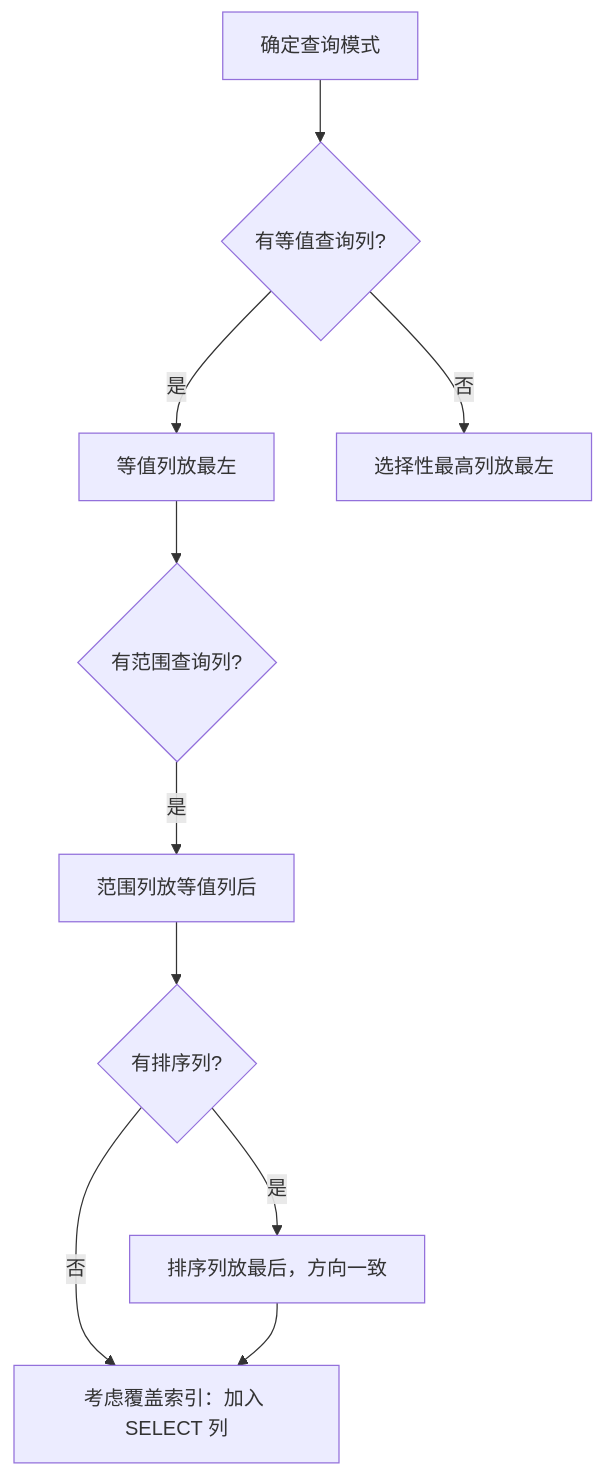
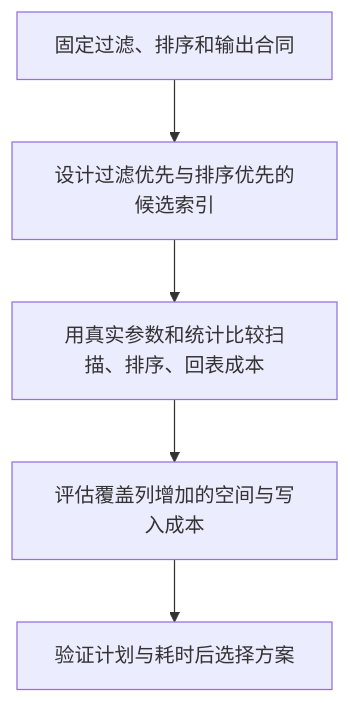
The second of 2 diagrams in knowledge/backend/database/mysql-index.md (AmbitionC/front-end-journey-resource), drawn with Mermaid before and after one commit. The commit also changed other lines of this file and 80 other files, not shown here.

````diff
--- a/knowledge/backend/database/mysql-index.md
+++ b/knowledge/backend/database/mysql-index.md
@@ -172,12 +179,7 @@
 ```mermaid
 flowchart TD
-    A[确定查询模式] --> B{有等值查询列?}
-    B -->|是| C[等值列放最左]
-    B -->|否| D[选择性最高列放最左]
-    C --> E{有范围查询列?}
-    E -->|是| F[范围列放等值列后]
-    F --> G{有排序列?}
-    G -->|是| H[排序列放最后，方向一致]
-    G -->|否| I[考虑覆盖索引：加入 SELECT 列]
-    H --> I
+    A[固定过滤、排序和输出合同] --> B[设计过滤优先与排序优先的候选索引]
+    B --> C[用真实参数和统计比较扫描、排序、回表成本]
+    C --> D[评估覆盖列增加的空间与写入成本]
+    D --> E[验证计划与耗时后选择方案]
 ```
````
